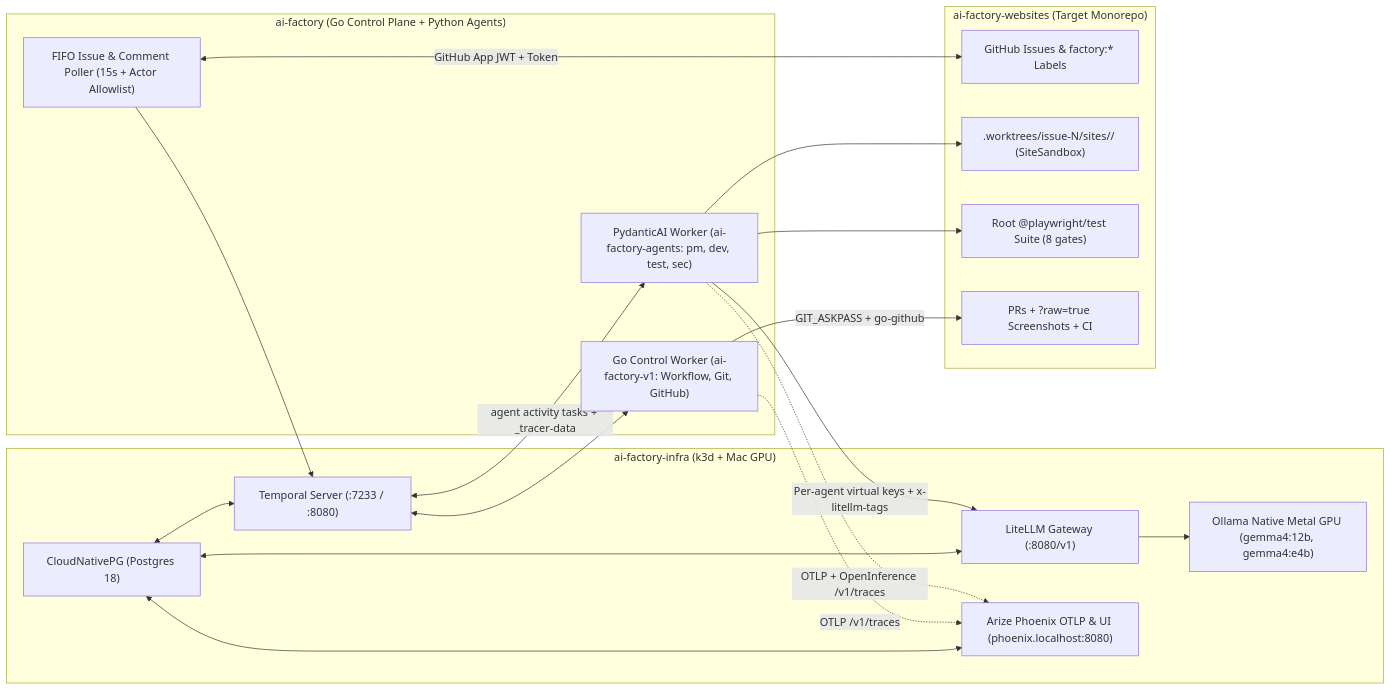
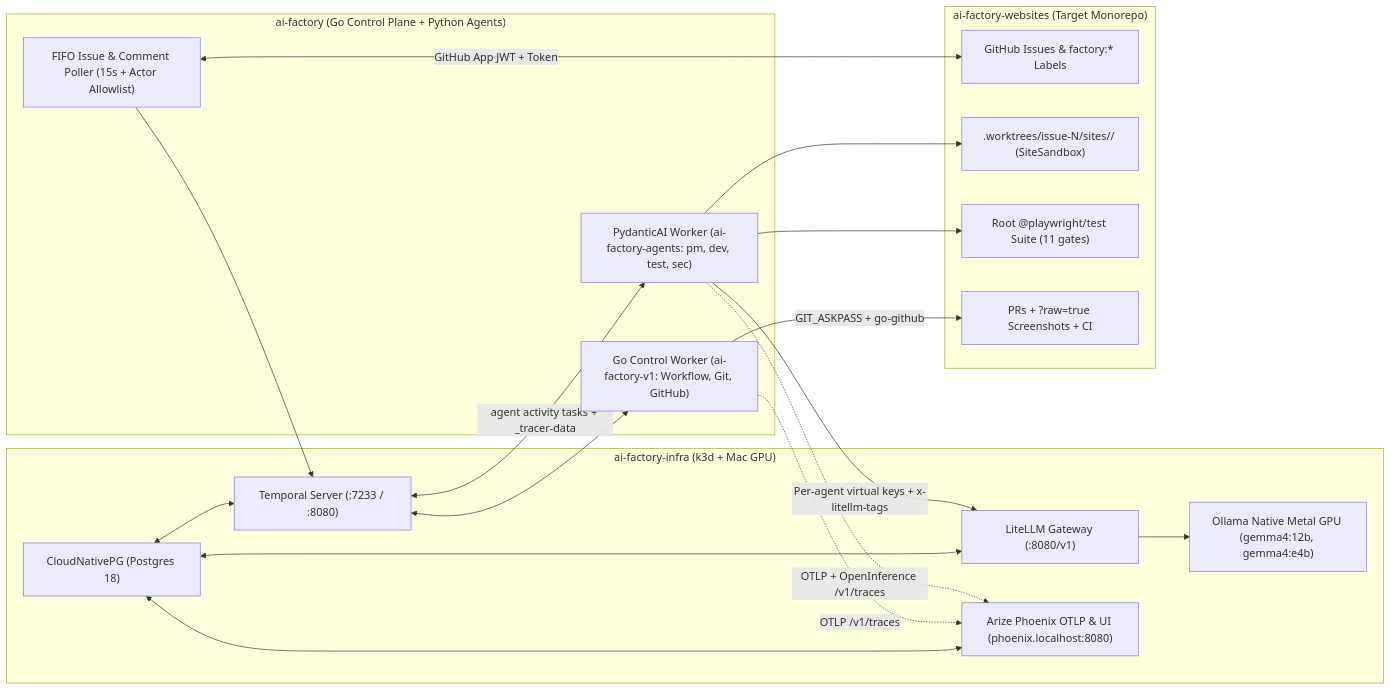
Before and after one commit to barbarosydev/ai-factory: the first of 2 diagrams in docs/architecture.md, drawn with Mermaid. The commit also changed other lines of this file and 26 other files, not shown here.

````diff
--- a/docs/architecture.md
+++ b/docs/architecture.md
@@ -7,37 +7,37 @@
 ```mermaid
 flowchart LR
   subgraph INFRA["ai-factory-infra (k3d + Mac GPU)"]
     CNPG["CloudNativePG (Postgres 18)"]
     TEMP["Temporal Server (:7233 / :8080)"]
     LITE["LiteLLM Gateway (:8080/v1)"]
     PHX["Arize Phoenix OTLP & UI (phoenix.localhost:8080)"]
     OLLAMA["Ollama Native Metal GPU (gemma4:12b, gemma4:e4b)"]
     CNPG <--> TEMP
     CNPG <--> LITE
     CNPG <--> PHX
     LITE --> OLLAMA
   end
 
   subgraph FACTORY["ai-factory (Go Control Plane + Python Agents)"]
     POLLER["FIFO Issue & Comment Poller (15s + Actor Allowlist)"]
     WORKER["Go Control Worker (ai-factory-v1: Workflow, Git, GitHub)"]
     PYWORKER["PydanticAI Worker (ai-factory-agents: pm, dev, test, sec)"]
     POLLER --> TEMP
     TEMP <--> WORKER
     TEMP <-->|agent activity tasks + _tracer-data| PYWORKER
     PYWORKER -->|Per-agent virtual keys + x-litellm-tags| LITE
     WORKER -.->|OTLP /v1/traces| PHX
     PYWORKER -.->|OTLP + OpenInference /v1/traces| PHX
   end
 
   subgraph TARGET["ai-factory-websites (Target Monorepo)"]
     ISSUES["GitHub Issues & factory:* Labels"]
     WT[".worktrees/issue-N/sites/<slug>/ (SiteSandbox)"]
-    PW["Root @playwright/test Suite (8 gates)"]
+    PW["Root @playwright/test Suite (11 gates)"]
     PRS["PRs + ?raw=true Screenshots + CI"]
     POLLER <-->|GitHub App JWT + Token| ISSUES
     PYWORKER --> WT
     PYWORKER --> PW
     WORKER -->|GIT_ASKPASS + go-github| PRS
   end
 ```
````
